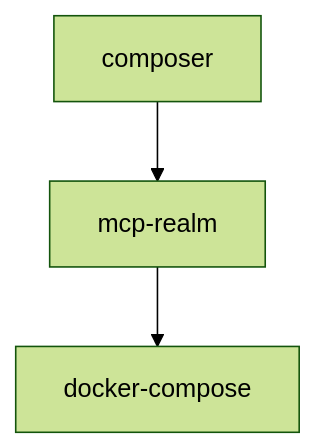
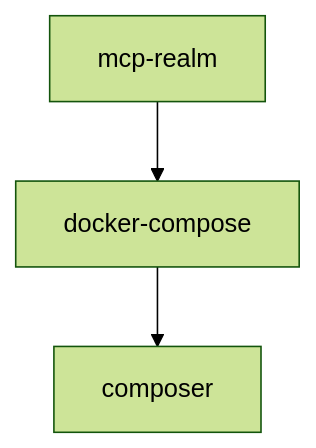
One commit to johnxie/awesome-code-docs changed the diagram in tutorials/mcp-php-sdk-tutorial/01-getting-started-and-experimental-baseline.md. Above: the diagram before and after it, drawn with Mermaid (forest theme). The commit also changed other lines of this file and 1232 other files, not shown here.

````diff
--- a/tutorials/mcp-php-sdk-tutorial/01-getting-started-and-experimental-baseline.md
+++ b/tutorials/mcp-php-sdk-tutorial/01-getting-started-and-experimental-baseline.md
@@ -189,8 +187,8 @@
 ```mermaid
 flowchart TD
-    A[composer]
-    B[mcp-realm]
-    C[docker-compose]
+    A[mcp-realm]
+    B[docker-compose]
+    C[composer]
     A --> B
     B --> C
 ```
````
